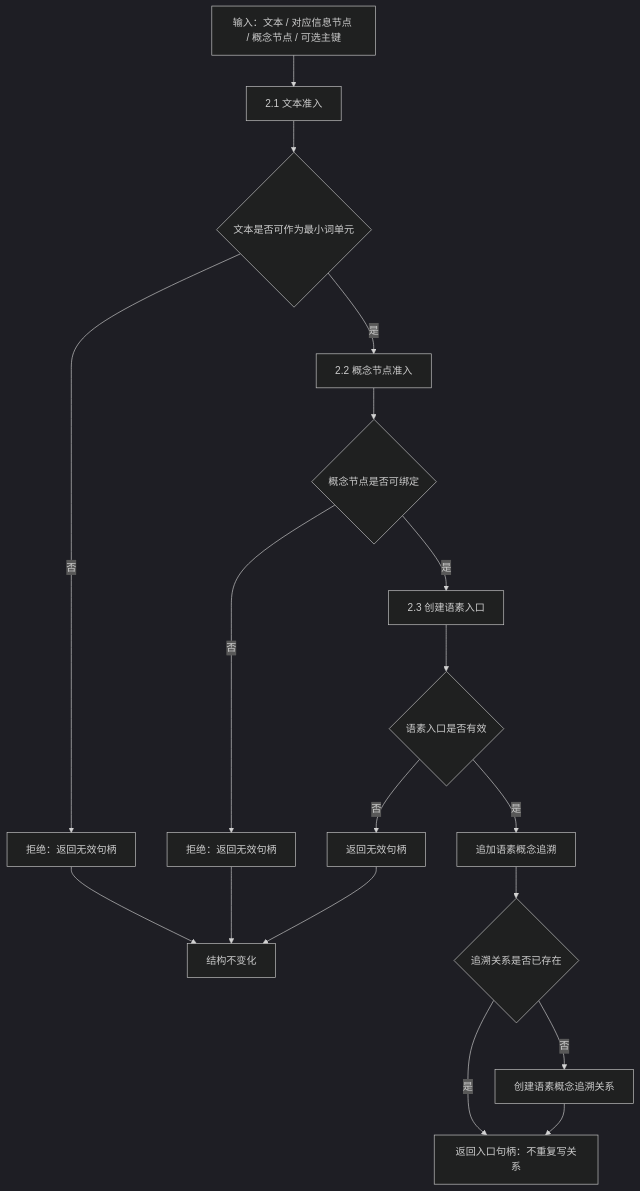
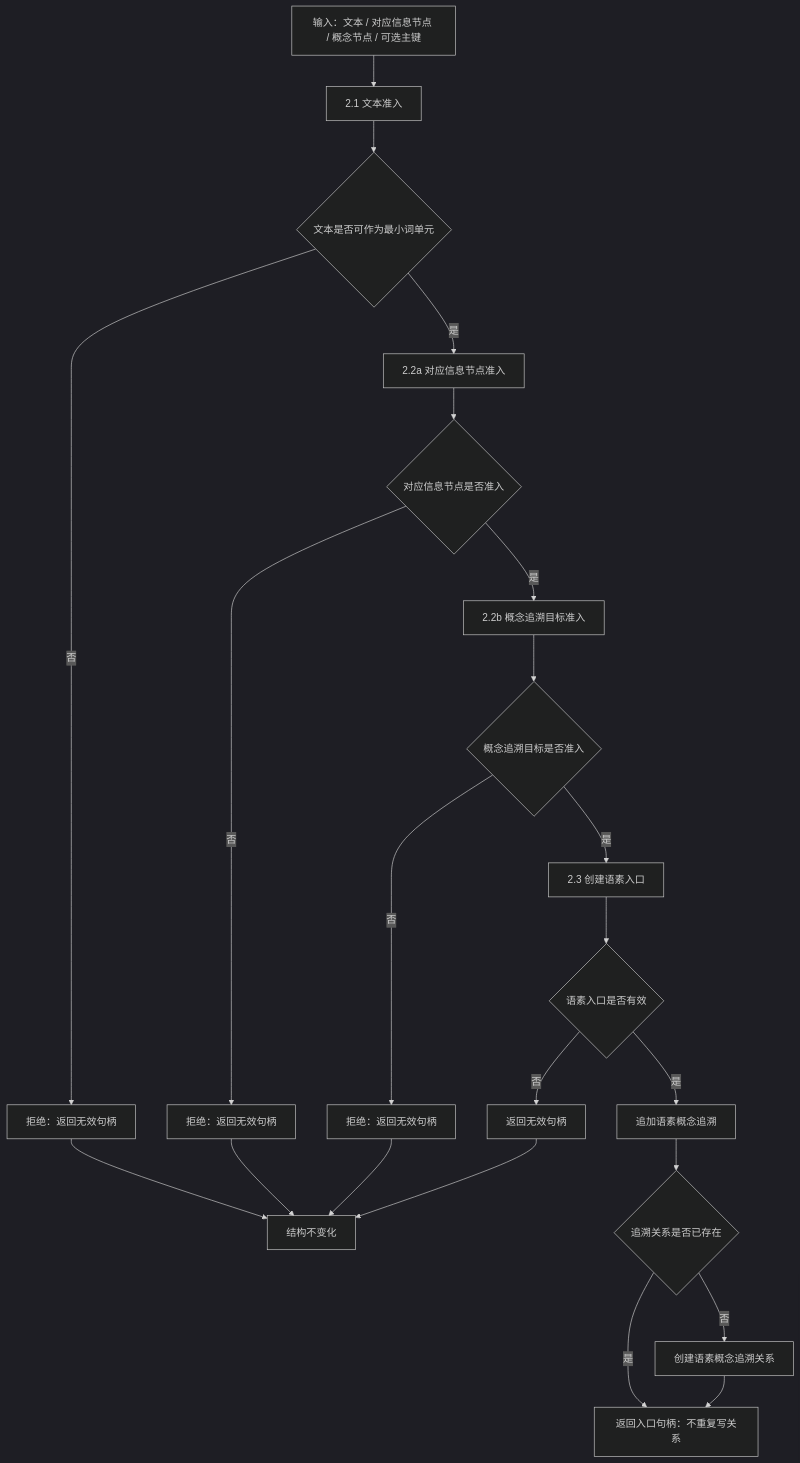
One commit to chunhaizh-cyber/HY-Ego changed the diagram in 流程图/20260708_语素概念入口与追溯子流程图_v0.1.md. Above: the diagram before and after it, drawn with Mermaid (dark theme). The commit also changed other lines of this file and 13 other files, not shown here.

Commit message:
小修语素入口材料流程图

````diff
--- a/流程图/20260708_语素概念入口与追溯子流程图_v0.1.md
+++ b/流程图/20260708_语素概念入口与追溯子流程图_v0.1.md
@@ -18,20 +18,24 @@
 ```mermaid
 flowchart TD
     A["输入：文本 / 对应信息节点 / 概念节点 / 可选主键"] --> B["2.1 文本准入"]
     B --> C{"文本是否可作为最小词单元"}
     C -- "否" --> R1["拒绝：返回无效句柄"]
     R1 --> X["结构不变化"]
-    C -- "是" --> D["2.2 概念节点准入"]
-    D --> E{"概念节点是否可绑定"}
+    C -- "是" --> D["2.2a 对应信息节点准入"]
+    D --> E{"对应信息节点是否准入"}
     E -- "否" --> R2["拒绝：返回无效句柄"]
     R2 --> X
-    E -- "是" --> F["2.3 创建语素入口"]
+    E -- "是" --> E2["2.2b 概念追溯目标准入"]
+    E2 --> E3{"概念追溯目标是否准入"}
+    E3 -- "否" --> R4["拒绝：返回无效句柄"]
+    R4 --> X
+    E3 -- "是" --> F["2.3 创建语素入口"]
     F --> G{"语素入口是否有效"}
     G -- "否" --> R3["返回无效句柄"]
     R3 --> X
     G -- "是" --> H["追加语素概念追溯"]
     H --> I{"追溯关系是否已存在"}
     I -- "是" --> J["返回入口句柄：不重复写关系"]
     I -- "否" --> K["创建语素概念追溯关系"]
     K --> J
 ```
````
